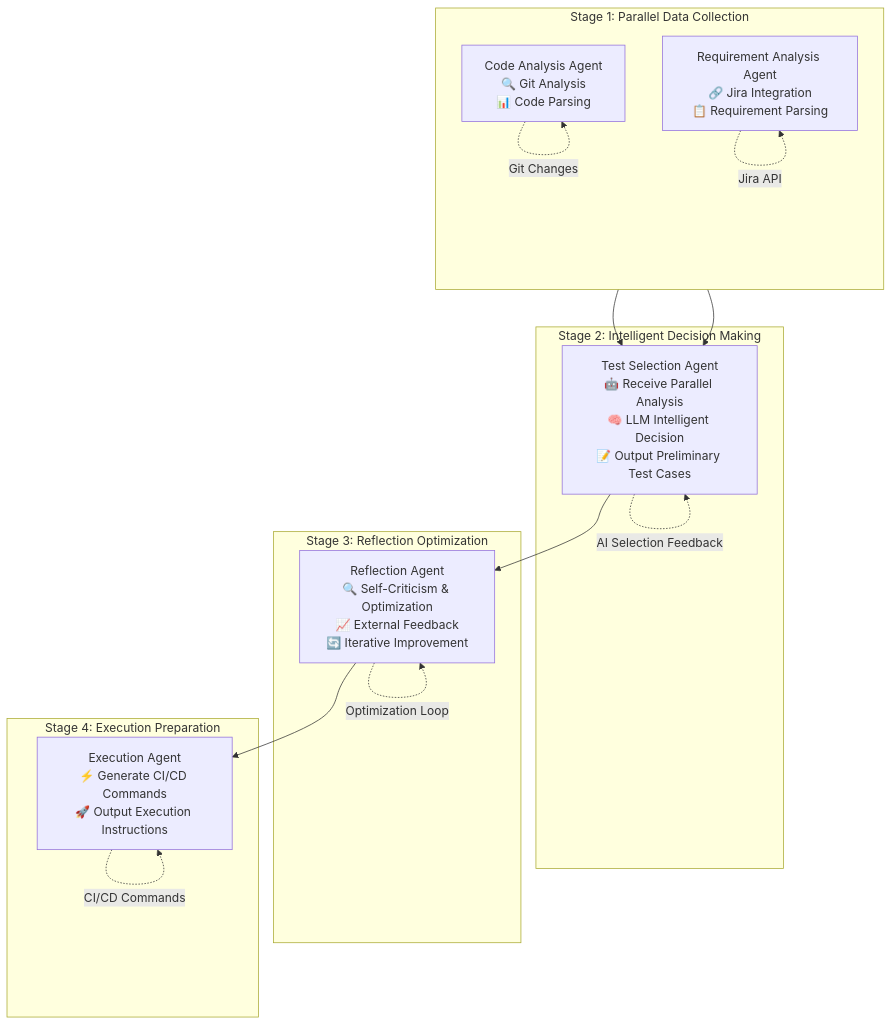
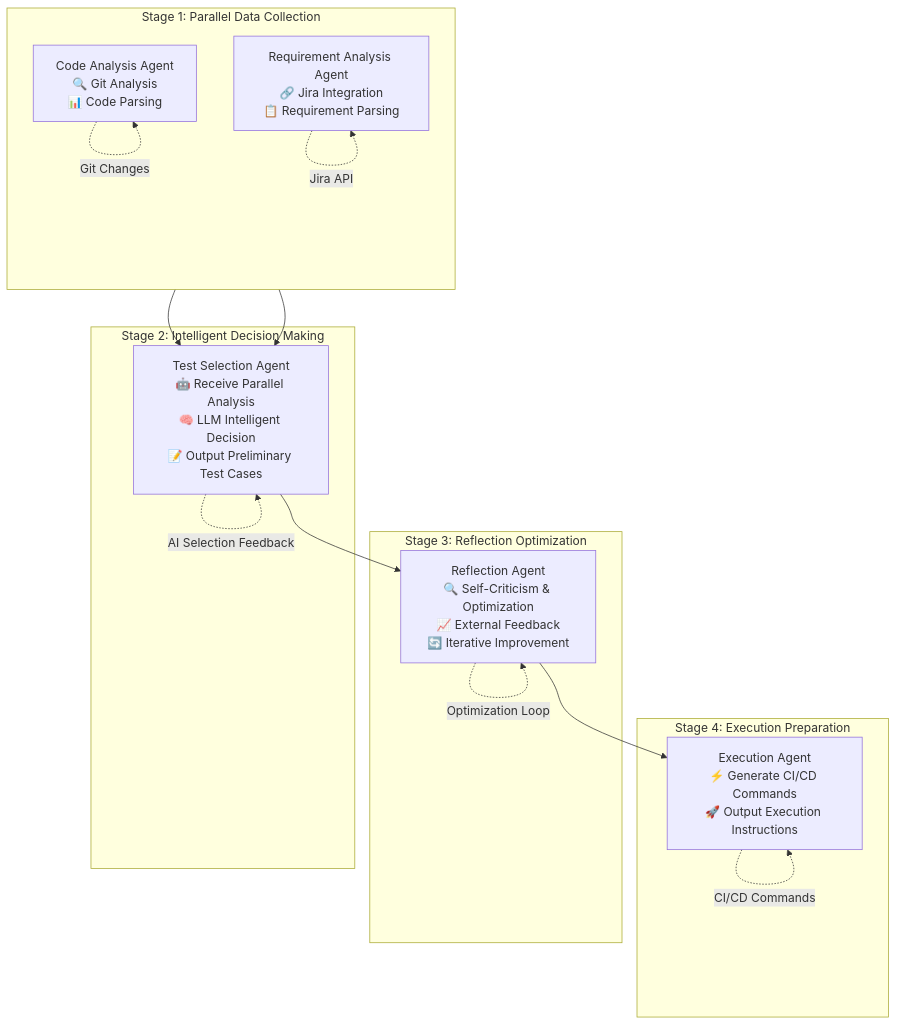
Before and after one commit to clampist/smarter_case: the first of 2 diagrams in README.md, drawn with Mermaid. The commit also changed other lines of this file, not shown here.

Commit message:
docs: fix Agent collaboration flow diagram layout to display from top-left to bottom-right

````diff
--- a/README.md
+++ b/README.md
@@ -26,31 +26,31 @@
 ```mermaid
 graph TD
-    subgraph S1["Stage 1: Parallel Data Collection"]
-        direction TB
-        A[Code Analysis Agent<br/>🔍 Git Analysis<br/>📊 Code Parsing]
-        B[Requirement Analysis Agent<br/>🔗 Jira Integration<br/>📋 Requirement Parsing]
+    subgraph S4["Stage 4: Execution Preparation"]
+        E[Execution Agent<br/>⚡ Generate CI/CD Commands<br/>🚀 Output Execution Instructions]
+    end
+    
+    subgraph S3["Stage 3: Reflection Optimization"]
+        D[Reflection Agent<br/>🔍 Self-Criticism & Optimization<br/>📈 External Feedback<br/>🔄 Iterative Improvement]
     end
     
     subgraph S2["Stage 2: Intelligent Decision Making"]
         C[Test Selection Agent<br/>🤖 Receive Parallel Analysis<br/>🧠 LLM Intelligent Decision<br/>📝 Output Preliminary Test Cases]
     end
     
-    subgraph S3["Stage 3: Reflection Optimization"]
-        D[Reflection Agent<br/>🔍 Self-Criticism & Optimization<br/>📈 External Feedback<br/>🔄 Iterative Improvement]
-    end
-    
-    subgraph S4["Stage 4: Execution Preparation"]
-        E[Execution Agent<br/>⚡ Generate CI/CD Commands<br/>🚀 Output Execution Instructions]
+    subgraph S1["Stage 1: Parallel Data Collection"]
+        direction TB
+        A[Code Analysis Agent<br/>🔍 Git Analysis<br/>📊 Code Parsing]
+        B[Requirement Analysis Agent<br/>🔗 Jira Integration<br/>📋 Requirement Parsing]
     end
     
     A --> C
     B --> C
     C --> D
     D --> E
     
     A -.->|Git Changes| A
     B -.->|Jira API| B
     C -.->|AI Selection Feedback| C
     D -.->|Optimization Loop| D
     E -.->|CI/CD Commands| E
 ```
````
